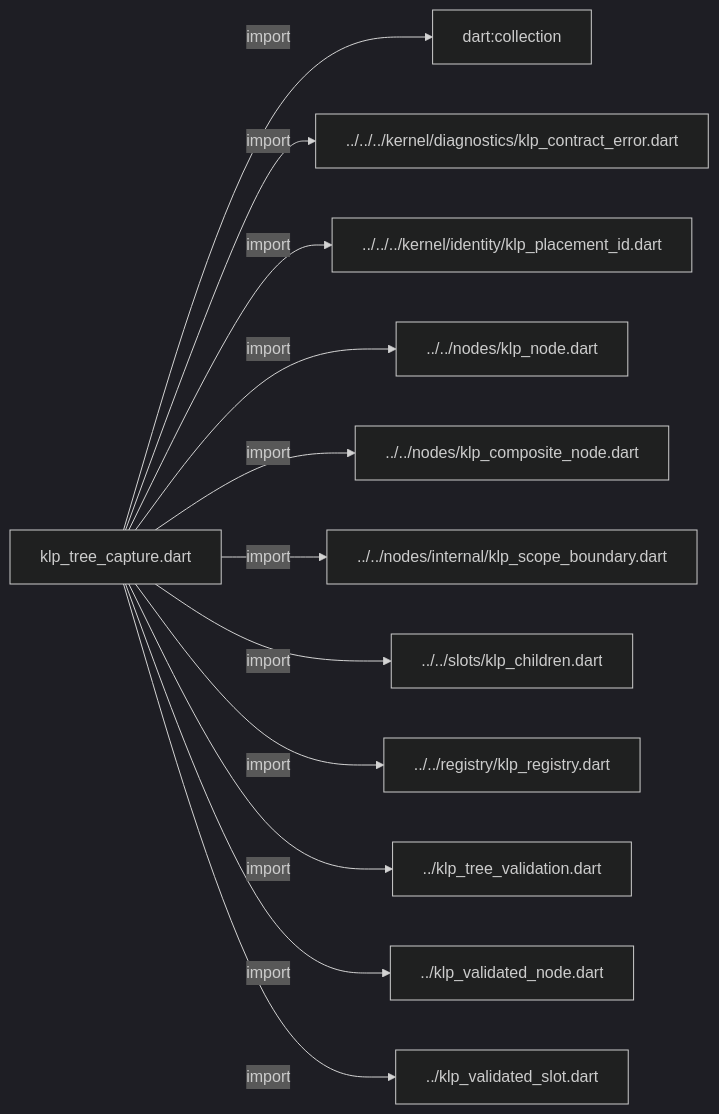
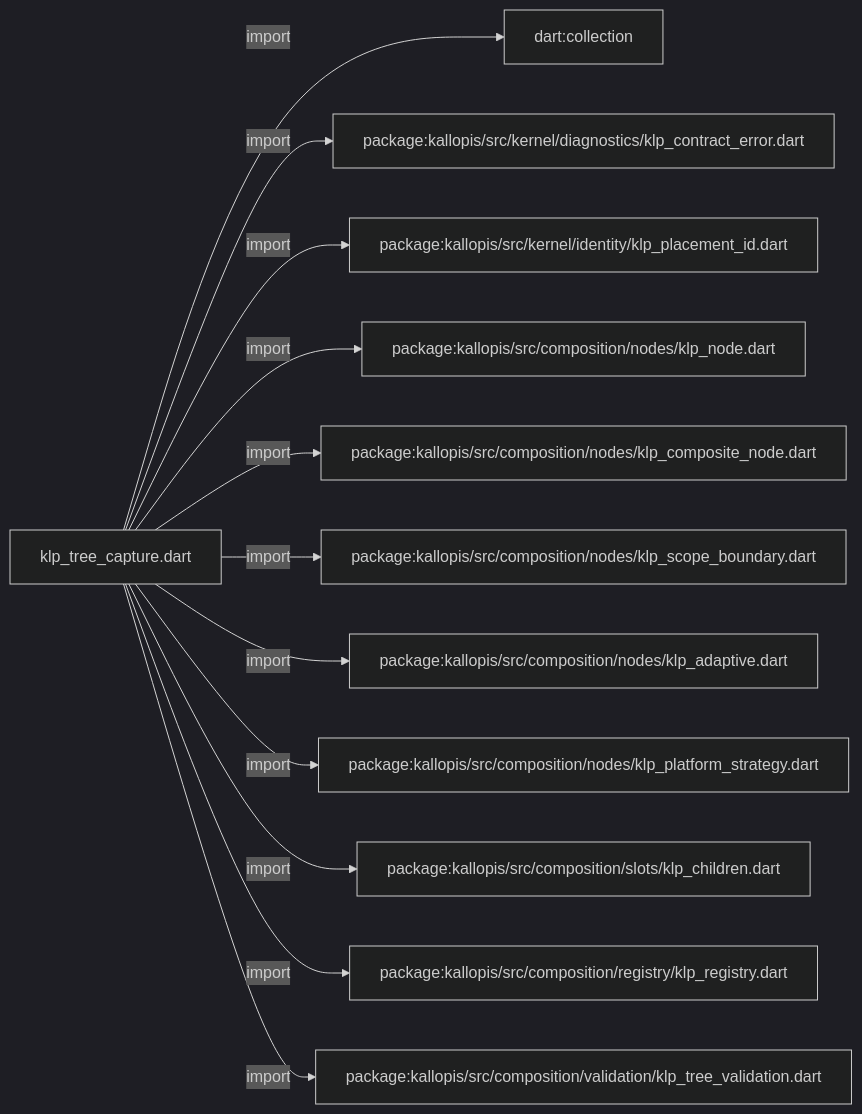
Before and after one commit to MiuDog/Kallopis: the first of 3 diagrams in docs/architecture/src/composition/validation/internal/klp_tree_capture.md, drawn with Mermaid (dark theme). The commit also changed other lines of this file and 9688 other files, not shown here.

Commit message:
Prepare isolated Flow F2 peer baseline

````diff
--- a/docs/architecture/src/composition/validation/internal/klp_tree_capture.md
+++ b/docs/architecture/src/composition/validation/internal/klp_tree_capture.md
@@ -11,26 +11,26 @@
 ```mermaid
 flowchart LR
 	n0["klp_tree_capture.dart"]
 	n1["dart:collection"]
-	n2["../../../kernel/diagnostics/klp_contract_error.dart"]
-	n3["../../../kernel/identity/klp_placement_id.dart"]
-	n4["../../nodes/klp_node.dart"]
-	n5["../../nodes/klp_composite_node.dart"]
-	n6["../../nodes/internal/klp_scope_boundary.dart"]
-	n7["../../slots/klp_children.dart"]
-	n8["../../registry/klp_registry.dart"]
-	n9["../klp_tree_validation.dart"]
-	n10["../klp_validated_node.dart"]
-	n11["../klp_validated_slot.dart"]
+	n2["package:kallopis/src/kernel/diagnostics/klp_contract_error.dart"]
+	n3["package:kallopis/src/kernel/identity/klp_placement_id.dart"]
+	n4["package:kallopis/src/composition/nodes/klp_node.dart"]
+	n5["package:kallopis/src/composition/nodes/klp_composite_node.dart"]
+	n6["package:kallopis/src/composition/nodes/klp_scope_boundary.dart"]
+	n7["package:kallopis/src/composition/nodes/klp_adaptive.dart"]
+	n8["package:kallopis/src/composition/nodes/klp_platform_strategy.dart"]
+	n9["package:kallopis/src/composition/slots/klp_children.dart"]
+	n10["package:kallopis/src/composition/registry/klp_registry.dart"]
+	n11["package:kallopis/src/composition/validation/klp_tree_validation.dart"]
 	n0 -->|"import"| n1
 	n0 -->|"import"| n2
 	n0 -->|"import"| n3
 	n0 -->|"import"| n4
 	n0 -->|"import"| n5
 	n0 -->|"import"| n6
 	n0 -->|"import"| n7
 	n0 -->|"import"| n8
 	n0 -->|"import"| n9
 	n0 -->|"import"| n10
 	n0 -->|"import"| n11
 ```
````
